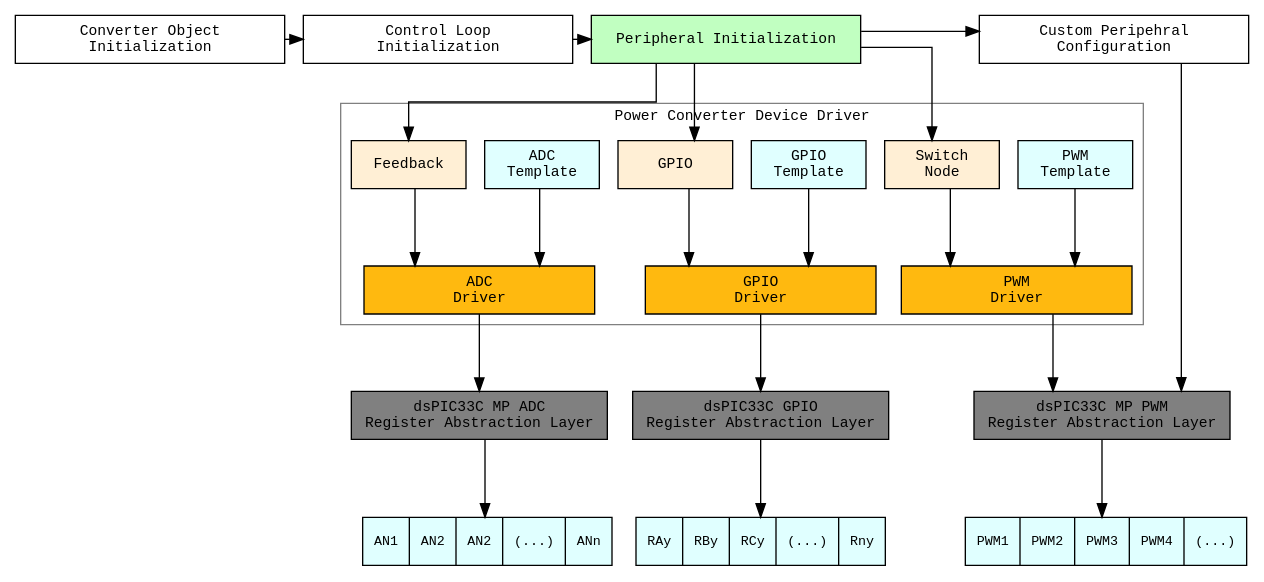
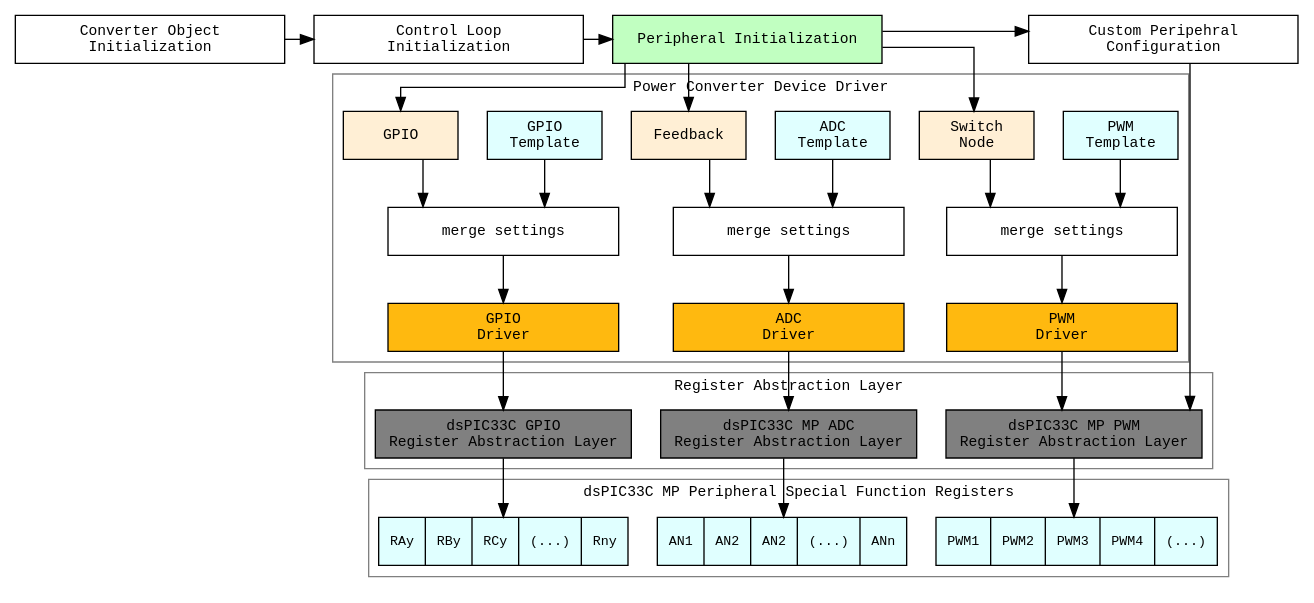
Before and after one commit to microchip-pic-avr-solutions/epc9143-power-advanced-voltage-mode-control: the diagram in epc9143-avmc.X/sources/pwr_control/devices/pconfig.gv, drawn with Graphviz. The commit also changed 3 other files, not shown here.

Commit message:
Updated flow chart and introductory description

```diff
--- a/epc9143-avmc.X/sources/pwr_control/devices/pconfig.gv
+++ b/epc9143-avmc.X/sources/pwr_control/devices/pconfig.gv
@@ -1,148 +1,172 @@
 
 digraph pconfig {
 
     // Name Label and Format
     compound=true;
     fontname="Consolas, 'Courier New', Courier, Sans-Serif";
     fontsize=11;
     rankdir=TB;
-    ranksep=0.8;
-    nodesep=0.2;
+    ranksep=0.5;
+    nodesep=0.3;
     splines = ortho;
 
+    // Application Layer
     {
-        // Application Layer
+        
         label="Application Layer Initialization"
+        color=grey;
         rank = same;
+
         node [
                 shape=box, style=filled, fontcolor=black, fillcolor=darkseagreen1, 
                 fontname="Consolas, 'Courier New', Courier, Sans-Serif",
                 fontsize=11,
                 width = 2.8
             ]; 
             
         converter_object_init[label="Converter Object\nInitialization", fillcolor=white];
         controller_init[label="Control Loop\nInitialization", fillcolor=white];
         peripheral_init[label="Peripheral Initialization"];
         custom_init[label="Custom Peripehral\nConfiguration", fillcolor=white];
 
         converter_object_init -> controller_init -> peripheral_init -> custom_init;
     }
 
-    // Power COnverter Device Driver
+    // Power Converter Device Driver
     subgraph cluster1
     {
         label="Power Converter Device Driver";
         color=grey;
 
         node [
                 shape=box, 
                 style=filled, 
                 fontcolor=black, 
                 fillcolor=lightcyan, 
                 fontname="Consolas, 'Courier New', Courier, Sans-Serif",
                 fontsize=11,
                 width = 1.2
             ]; pwm_template; adc_template; gpio_template;
 
             pwm_template[label="PWM\nTemplate"];
             adc_template[label="ADC\nTemplate"];
             gpio_template[label="GPIO\nTemplate"];
 
         node [
                 shape=box, 
                 style=filled, 
                 fillcolor=papayawhip, 
                 fontname="Consolas, 'Courier New', Courier, Sans-Serif",
                 fontsize=11,
                 width=1.2
             ]; swnode_config; feedback_config; gpio_config;
 
             swnode_config[label="Switch\nNode"];
             feedback_config[label="Feedback"];
             gpio_config[label="GPIO"];
 
+        node [
+                shape=box, 
+                style=filled, 
+                fillcolor=white, 
+                fontname="Consolas, 'Courier New', Courier, Sans-Serif",
+                fontsize=11,
+                width=2.4
+            ]; merge1; merge2; merge3;
+
+            merge1[label="merge settings"];
+            merge2[label="merge settings"];
+            merge3[label="merge settings"];
+
         node  [
                 shape=box, 
                 style=filled, 
                 fontcolor=black, 
                 fillcolor=darkgoldenrod1, 
                 fontname="Consolas, 'Courier New', Courier, Sans-Serif",
                 fontsize=11,
                 width = 2.4
             ]; pwm_drv; adc_drv; gpio_drv;
 
             adc_drv[label="ADC\nDriver"];
             gpio_drv[label="GPIO\nDriver"];
             pwm_drv[label="PWM\nDriver"];
 
     }
 
     // SFR Abstraction Layer
+    subgraph cluster2
     {
         label="Register Abstraction Layer";
+        color=grey;
         rank = same;
+
         node [
                 shape=box, 
                 style=filled, 
                 fontcolor=black, 
                 fillcolor=grey, 
                 fontname="Consolas, 'Courier New', Courier, Sans-Serif",
                 fontsize=11,
                 width = 2.4
             ]; p33c_pral_pwm; p33c_pral_adc; p33c_pral_gpio;
 
             p33c_pral_pwm[label="dsPIC33C MP PWM\nRegister Abstraction Layer"];
             p33c_pral_adc[label="dsPIC33C MP ADC\nRegister Abstraction Layer"];
             p33c_pral_gpio[label="dsPIC33C GPIO\nRegister Abstraction Layer"];
     }
 
     // Silicon Layer
+    subgraph cluster3
     {
         label="dsPIC33C MP Peripheral Special Function Registers";
+        color=grey;
         node  [
                 shape=record, 
                 style=filled, 
                 fontcolor=black, 
                 fillcolor=lightcyan, 
                 fontname="Consolas, 'Courier New', Courier, Sans-Serif",
                 fontsize=10,
                 width = 2.4
             ]; device_sfr_pwm; device_sfr_adc; device_sfr_gpio;
 
             device_sfr_pwm[label="<f0> PWM1 | <f1> PWM2 | <f2> PWM3 | <f3> PWM4 | <f4> (...)"];
             device_sfr_adc[label="<f0> AN1 | <f1> AN2 | <f2> AN2 | <f3> (...) | <f4> ANn"];
             device_sfr_gpio[label="<f0> RAy | <f1> RBy | <f2> RCy | <f3> (...) | <f4> Rny"];
     }
 
     // Network Description PWM Configuration
     peripheral_init -> swnode_config;
-    swnode_config -> pwm_drv;
-    pwm_template -> pwm_drv;
+    swnode_config -> merge3;
+    pwm_template -> merge3;
+    merge3 -> pwm_drv;
     pwm_drv -> p33c_pral_pwm;
-    p33c_pral_pwm -> device_sfr_pwm:f2;
+    p33c_pral_pwm -> device_sfr_pwm;
 
 
     // Network Description ADC Configuration
     peripheral_init -> feedback_config;
-    feedback_config -> adc_drv;
-    adc_template -> adc_drv;
+    feedback_config -> merge2;
+    adc_template -> merge2;
+    merge2 -> adc_drv;
     adc_drv -> p33c_pral_adc;
-    p33c_pral_adc -> device_sfr_adc:f2;
+    p33c_pral_adc -> device_sfr_adc;
 
     // Network Description GPIO Configuration
     peripheral_init -> gpio_config;
-    gpio_config -> gpio_drv;
-    gpio_template -> gpio_drv;
+    gpio_config -> merge1;
+    gpio_template -> merge1;
+    merge1 -> gpio_drv;
     gpio_drv -> p33c_pral_gpio;
     p33c_pral_gpio -> device_sfr_gpio;
 
     // Custom modifications are added after successful peripheral configuration
     custom_init -> p33c_pral_pwm; 
 
 }
 
 
 /*
 [arrowhead=normal, style=solid, color=darkgrey];
 */
```
